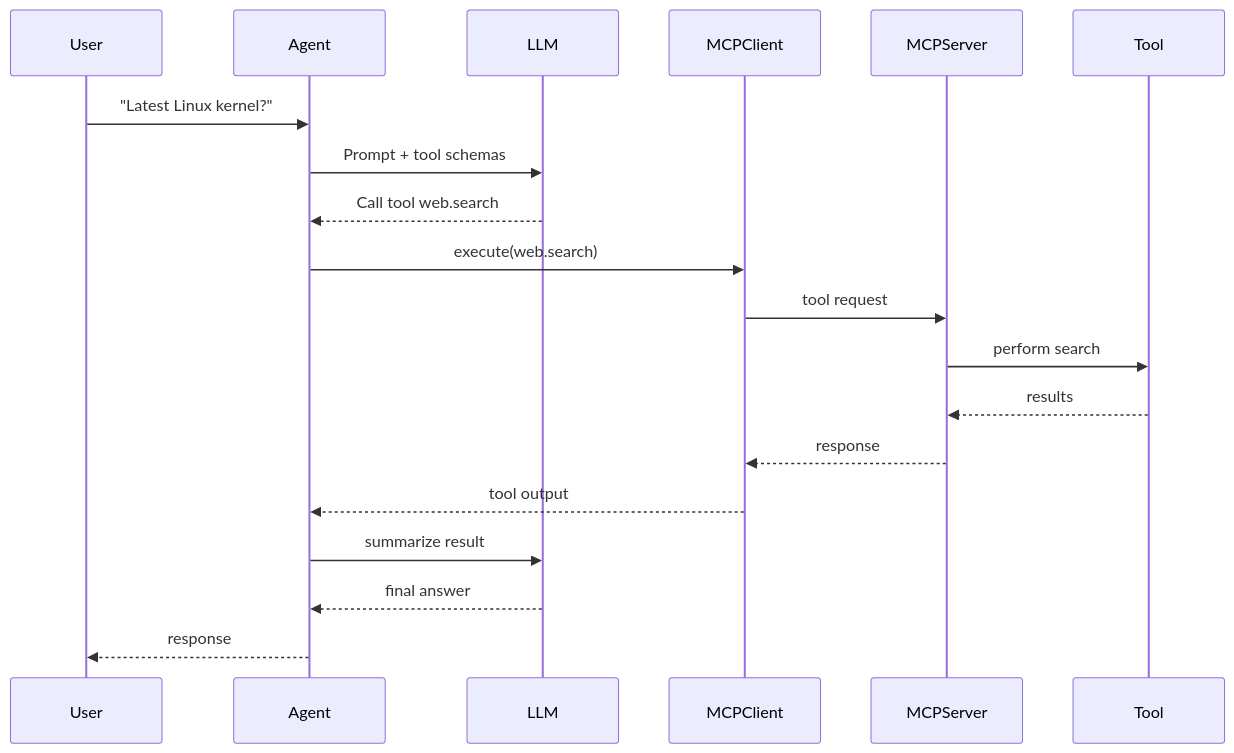
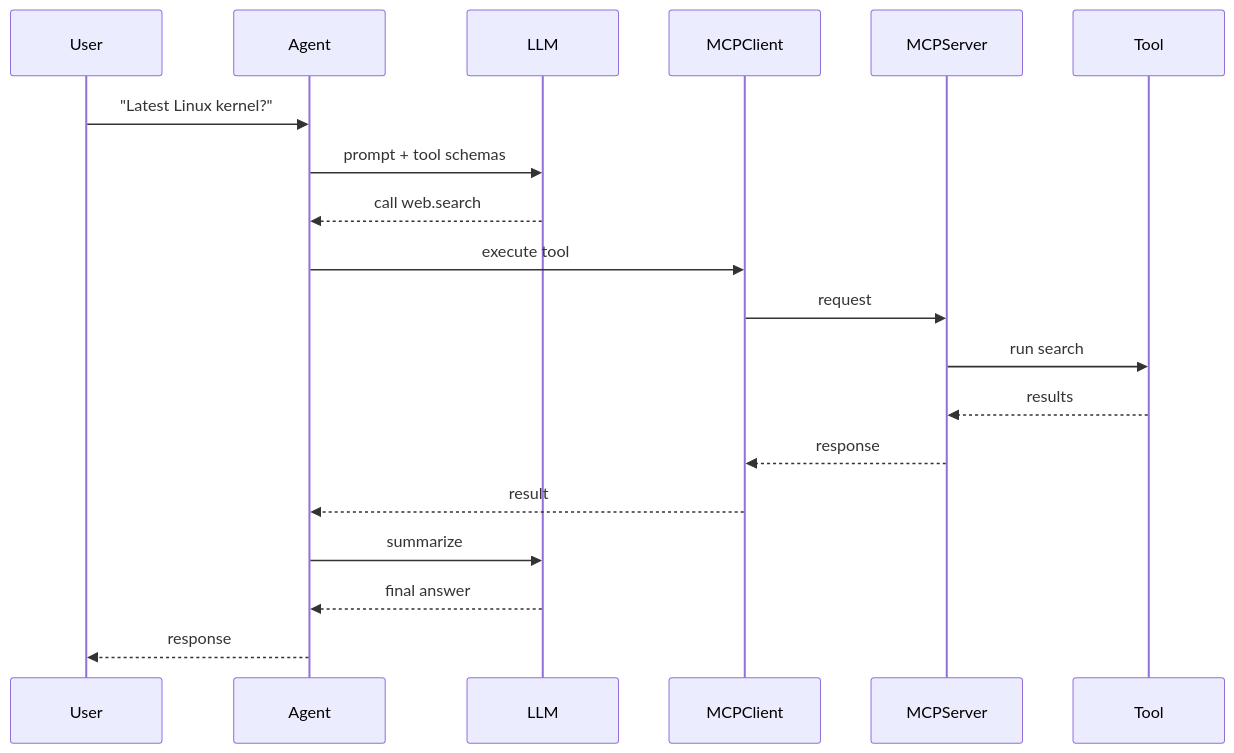
Before and after one commit to hermes-speedboat/wikijs.bitbull: the third of 4 diagrams in blog/mcp_explained.md, drawn with Mermaid. The commit also changed other lines of this file, not shown here.

````diff
--- a/blog/mcp_explained.md
+++ b/blog/mcp_explained.md
@@ -155,22 +191,22 @@
 ```mermaid
 sequenceDiagram
   participant User
   participant Agent
   participant LLM
   participant MCPClient
   participant MCPServer
   participant Tool
 
   User->>Agent: "Latest Linux kernel?"
-  Agent->>LLM: Prompt + tool schemas
-  LLM-->>Agent: Call tool web.search
-  Agent->>MCPClient: execute(web.search)
-  MCPClient->>MCPServer: tool request
-  MCPServer->>Tool: perform search
+  Agent->>LLM: prompt + tool schemas
+  LLM-->>Agent: call web.search
+  Agent->>MCPClient: execute tool
+  MCPClient->>MCPServer: request
+  MCPServer->>Tool: run search
   Tool-->>MCPServer: results
   MCPServer-->>MCPClient: response
-  MCPClient-->>Agent: tool output
-  Agent->>LLM: summarize result
+  MCPClient-->>Agent: result
+  Agent->>LLM: summarize
   LLM-->>Agent: final answer
   Agent-->>User: response
 ```
````
